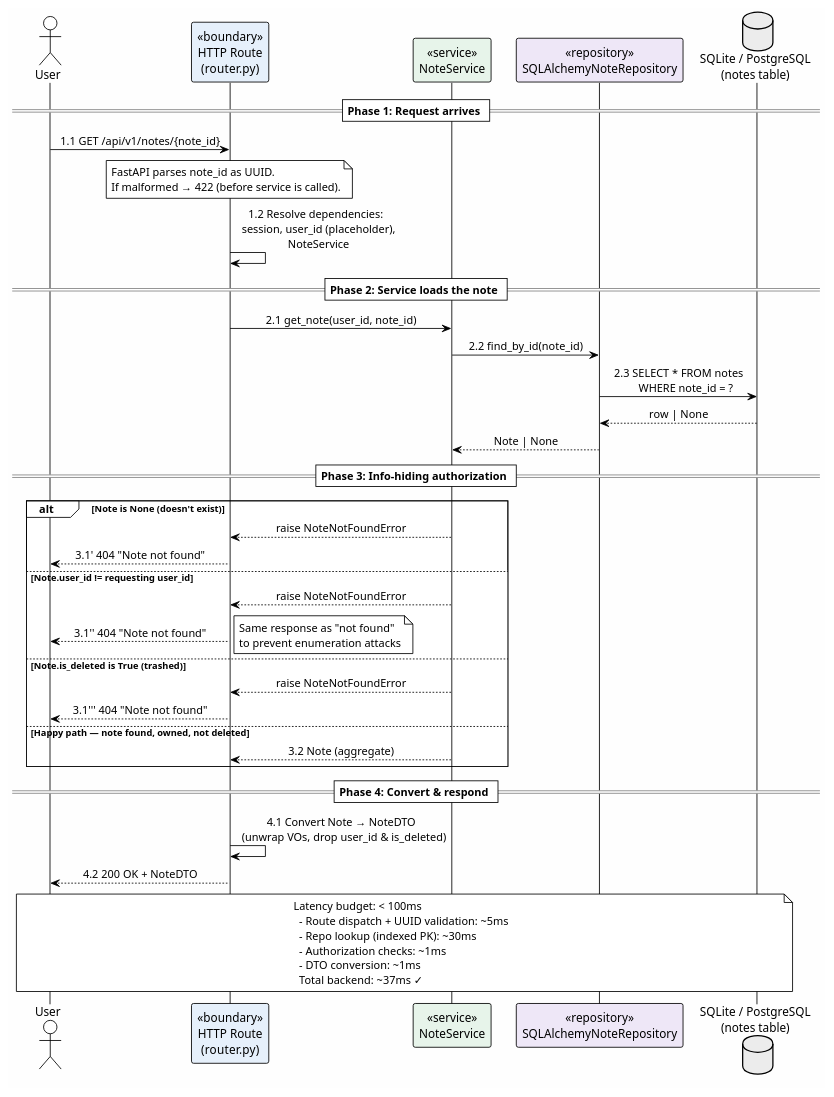
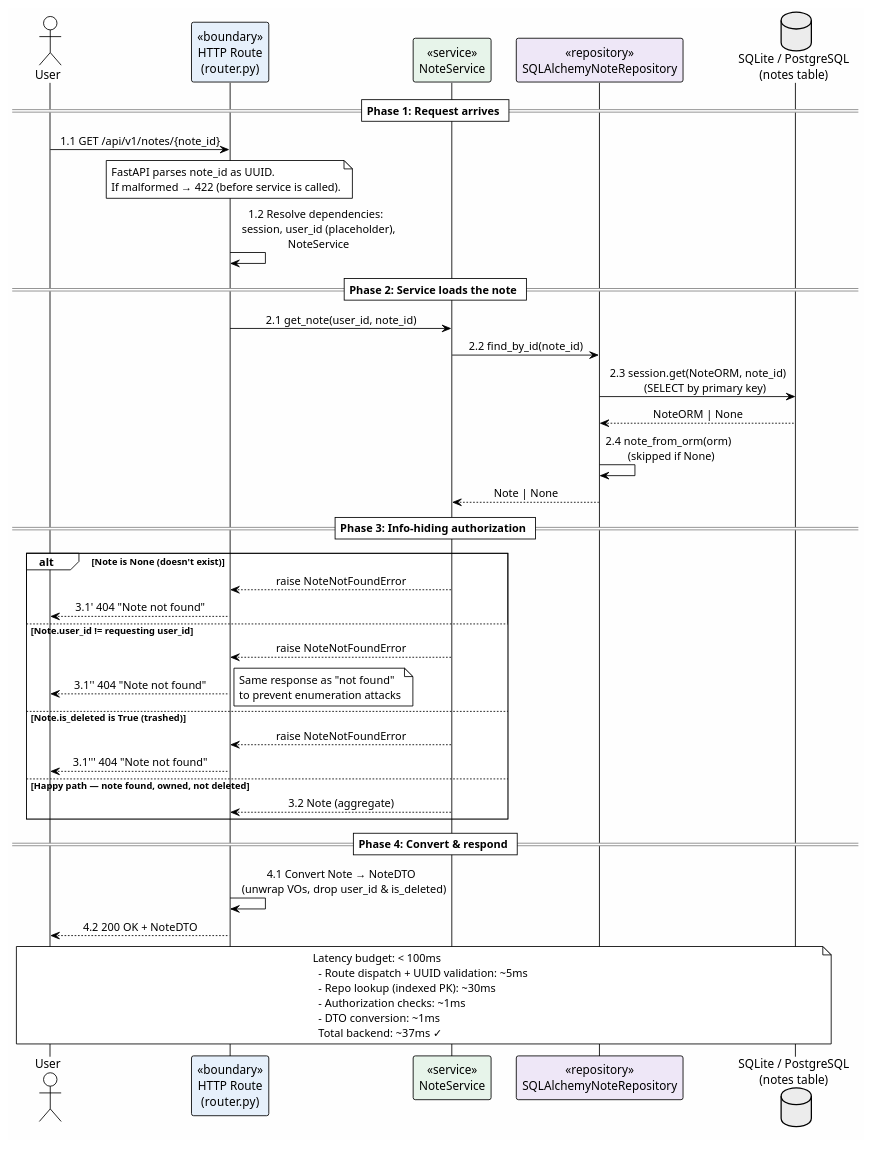
Before and after one commit to R-One-MK2/project-notes-app-clone: the diagram in docs/phase-05-implementation/p05-uc02-view-note-sequence.puml, drawn with PlantUML. The commit also changed 4 other files, not shown here.

```diff
--- a/docs/phase-05-implementation/p05-uc02-view-note-sequence.puml
+++ b/docs/phase-05-implementation/p05-uc02-view-note-sequence.puml
@@ -1,64 +1,65 @@
 @startuml UC002_ViewNote_Sequence
 !theme plain
 skinparam backgroundColor #FEFEFE
 skinparam sequenceMessageAlign center
 
 ' Color palette: boundary=blue, service=green, domain=amber, repo=lavender, infra=gray
 actor "User" as U
 participant "«boundary»\nHTTP Route\n(router.py)" as API #E6F0FB
 participant "«service»\nNoteService" as SERV #E7F4EA
 participant "«repository»\nSQLAlchemyNoteRepository" as REPO #EEE7F7
 database "SQLite / PostgreSQL\n(notes table)" as DB #ECECEC
 
 == Phase 1: Request arrives ==
 
 U -> API : 1.1 GET /api/v1/notes/{note_id}
 note over API
   FastAPI parses note_id as UUID.
   If malformed → 422 (before service is called).
 end note
 
 API -> API : 1.2 Resolve dependencies:\n  session, user_id (placeholder),\n  NoteService
 
 == Phase 2: Service loads the note ==
 
 API -> SERV : 2.1 get_note(user_id, note_id)
 SERV -> REPO : 2.2 find_by_id(note_id)
-REPO -> DB : 2.3 SELECT * FROM notes\n     WHERE note_id = ?
-DB --> REPO : row | None
+REPO -> DB : 2.3 session.get(NoteORM, note_id)\n     (SELECT by primary key)
+DB --> REPO : NoteORM | None
+REPO -> REPO : 2.4 note_from_orm(orm)\n  (skipped if None)
 REPO --> SERV : Note | None
 
 == Phase 3: Info-hiding authorization ==
 
 alt Note is None (doesn't exist)
   SERV --> API : raise NoteNotFoundError
   API --> U : 3.1' 404 "Note not found"
 else Note.user_id != requesting user_id
   SERV --> API : raise NoteNotFoundError
   API --> U : 3.1'' 404 "Note not found"
   note right
     Same response as "not found"
     to prevent enumeration attacks
   end note
 else Note.is_deleted is True (trashed)
   SERV --> API : raise NoteNotFoundError
   API --> U : 3.1''' 404 "Note not found"
 else Happy path — note found, owned, not deleted
   SERV --> API : 3.2 Note (aggregate)
 end
 
 == Phase 4: Convert & respond ==
 
 API -> API : 4.1 Convert Note → NoteDTO\n  (unwrap VOs, drop user_id & is_deleted)
 API --> U : 4.2 200 OK + NoteDTO
 
 note across
   Latency budget: < 100ms
     - Route dispatch + UUID validation: ~5ms
     - Repo lookup (indexed PK): ~30ms
     - Authorization checks: ~1ms
     - DTO conversion: ~1ms
     Total backend: ~37ms ✓
 end note
 
 @enduml
```
